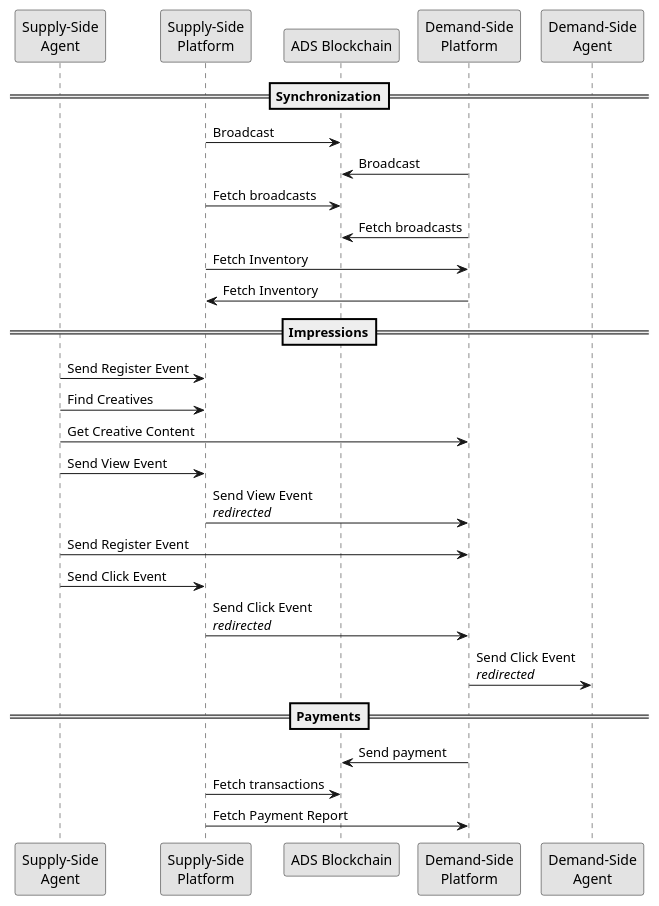
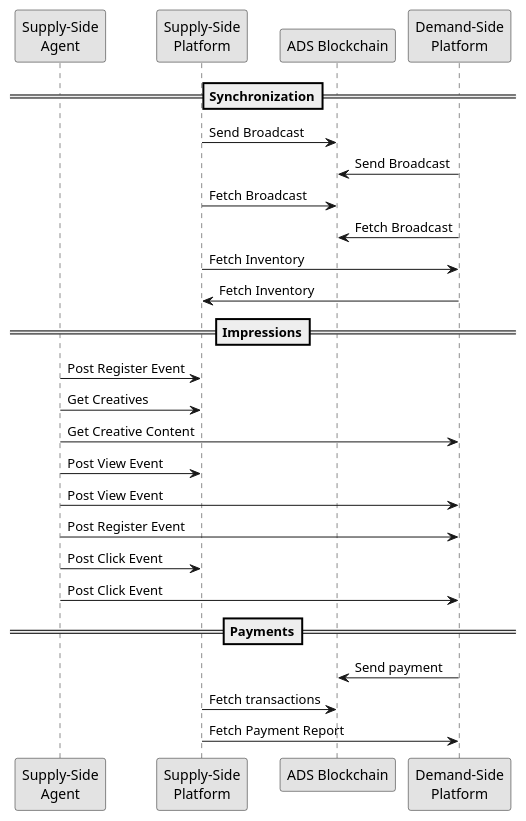
One commit to adshares/adshares-docs changed the diagram in protocol/index.rst. Above: the diagram before and after it, drawn with PlantUML. The commit also changed 5 other files, not shown here.

```diff
--- a/protocol/index.rst
+++ b/protocol/index.rst
@@ -15,39 +15,37 @@
 .. uml::
     :align: center
 
     skinparam monochrome true
 
     participant "Supply-Side\nAgent"        as SSA
     participant "Supply-Side\nPlatform"     as SSP
     participant "ADS Blockchain"            as blockchain
     participant "Demand-Side\nPlatform"     as DSP
-    participant "Demand-Side\nAgent"        as DSA
     
     ==Synchronization==
 
-    SSP -> blockchain: Broadcast
-    DSP -> blockchain: Broadcast
-    SSP -> blockchain: Fetch broadcasts
-    DSP -> blockchain: Fetch broadcasts
+    SSP -> blockchain: Send Broadcast
+    DSP -> blockchain: Send Broadcast
+    SSP -> blockchain: Fetch Broadcast
+    DSP -> blockchain: Fetch Broadcast
     SSP -> DSP: Fetch Inventory
     DSP -> SSP: Fetch Inventory
 
     ==Impressions==
 
-    SSA -> SSP: Send Register Event
-    SSA -> SSP: Find Creatives
+    SSA -> SSP: Post Register Event
+    SSA -> SSP: Get Creatives
     SSA -> DSP: Get Creative Content
 
-    SSA -> SSP: Send View Event
-    SSP -> DSP: Send View Event\n//redirected//
-    SSA -> DSP: Send Register Event
+    SSA -> SSP: Post View Event
+    SSA -> DSP: Post View Event
+    SSA -> DSP: Post Register Event
 
-    SSA -> SSP: Send Click Event
-    SSP -> DSP: Send Click Event\n//redirected//
-    DSP -> DSA: Send Click Event\n//redirected//
+    SSA -> SSP: Post Click Event
+    SSA -> DSP: Post Click Event
 
     ==Payments==
 
     DSP -> blockchain: Send payment
     SSP -> blockchain: Fetch transactions
     SSP -> DSP: Fetch Payment Report
```
